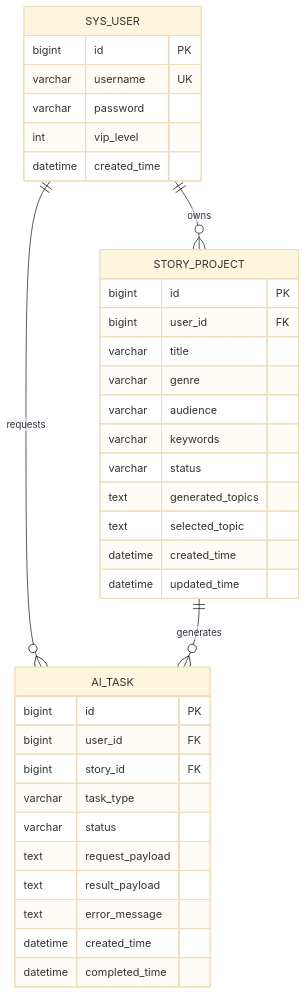
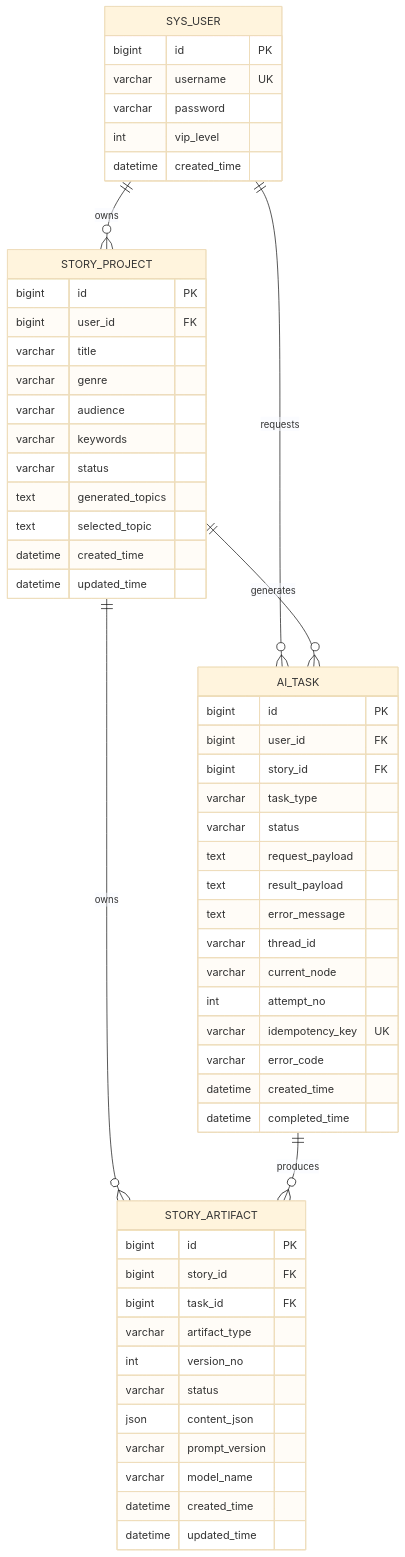
Before and after one commit to Redchar1992/Argus: the second of 2 diagrams in story-forge-ai/docs/architecture.md, drawn with Mermaid (base theme). The commit also changed other lines of this file and 109 other files, not shown here.

````diff
--- a/story-forge-ai/docs/architecture.md
+++ b/story-forge-ai/docs/architecture.md
@@ -46,41 +82,62 @@
 ```mermaid
 erDiagram
   SYS_USER ||--o{ STORY_PROJECT : owns
   SYS_USER ||--o{ AI_TASK : requests
   STORY_PROJECT ||--o{ AI_TASK : generates
+  STORY_PROJECT ||--o{ STORY_ARTIFACT : owns
+  AI_TASK ||--o{ STORY_ARTIFACT : produces
 
   SYS_USER {
     bigint id PK
     varchar username UK
     varchar password
     int vip_level
     datetime created_time
   }
 
   STORY_PROJECT {
     bigint id PK
     bigint user_id FK
     varchar title
     varchar genre
     varchar audience
     varchar keywords
     varchar status
     text generated_topics
     text selected_topic
     datetime created_time
     datetime updated_time
   }
 
   AI_TASK {
     bigint id PK
     bigint user_id FK
     bigint story_id FK
     varchar task_type
     varchar status
     text request_payload
     text result_payload
     text error_message
+    varchar thread_id
+    varchar current_node
+    int attempt_no
+    varchar idempotency_key UK
+    varchar error_code
     datetime created_time
     datetime completed_time
   }
+
+  STORY_ARTIFACT {
+    bigint id PK
+    bigint story_id FK
+    bigint task_id FK
+    varchar artifact_type
+    int version_no
+    varchar status
+    json content_json
+    varchar prompt_version
+    varchar model_name
+    datetime created_time
+    datetime updated_time
+  }
 ```
````
